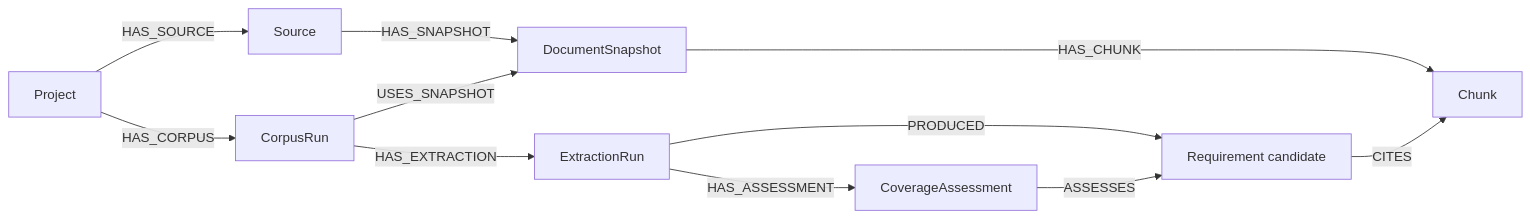
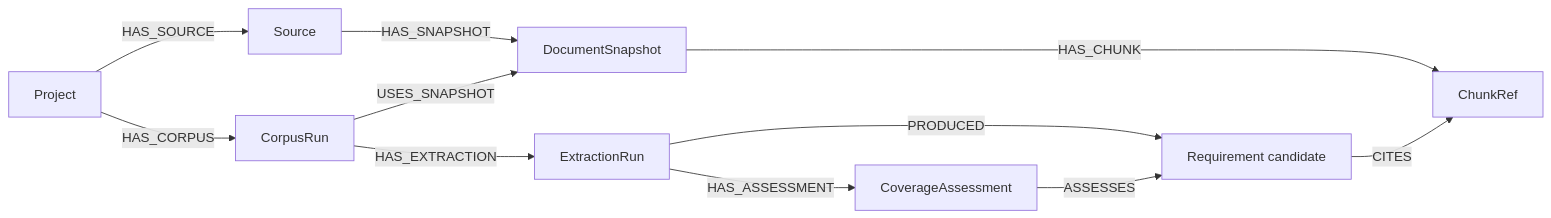
One commit to Maniteja-ai/PRAgent changed the diagram in docs/graph-schema.md. Above: the diagram before and after it, drawn with Mermaid. The commit also changed other lines of this file and 50 other files, not shown here.

````diff
--- a/docs/graph-schema.md
+++ b/docs/graph-schema.md
@@ -3,13 +3,13 @@
 ```mermaid
 flowchart LR
     P[Project] -->|HAS_CORPUS| CR[CorpusRun]
     P -->|HAS_SOURCE| S[Source]
     S -->|HAS_SNAPSHOT| D[DocumentSnapshot]
     CR -->|USES_SNAPSHOT| D
-    D -->|HAS_CHUNK| C[Chunk]
+    D -->|HAS_CHUNK| C[ChunkRef]
     CR -->|HAS_EXTRACTION| E[ExtractionRun]
     E -->|PRODUCED| R[Requirement candidate]
     R -->|CITES| C
     E -->|HAS_ASSESSMENT| A[CoverageAssessment]
     A -->|ASSESSES| R
 ```
````
